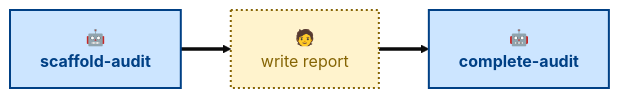
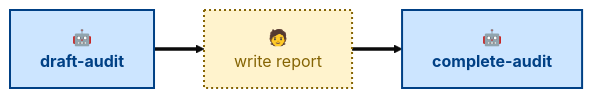
The diagram in .agents/skills/README.md (kieranpotts/audits), drawn with Mermaid (base theme) before and after one commit. The commit also changed other lines of this file and 3 other files, not shown here.

Commit message:
chore: rename scaffold-* to draft-*

````diff
--- a/.agents/skills/README.md
+++ b/.agents/skills/README.md
@@ -17,13 +17,13 @@
 ```mermaid
 flowchart LR
-  scaffold["🤖<br/><b>scaffold-audit</b>"]:::agentic
+  draft["🤖<br/><b>draft-audit</b>"]:::agentic
   write["🧑<br/>write report"]:::anthropic
   complete["🤖<br/><b>complete-audit</b>"]:::agentic
 
-  scaffold ==> write
+  draft ==> write
   write ==> complete
 
   classDef agentic fill:#cce5ff,stroke:#004085,color:#004085,stroke-width:2px
   classDef scripted fill:#e2e3e5,stroke:#4b5157,color:#383d41,stroke-width:2px
   classDef anthropic fill:#fff3cd,stroke:#856404,color:#856404,stroke-width:2px,stroke-dasharray:2 3
 ```
````
